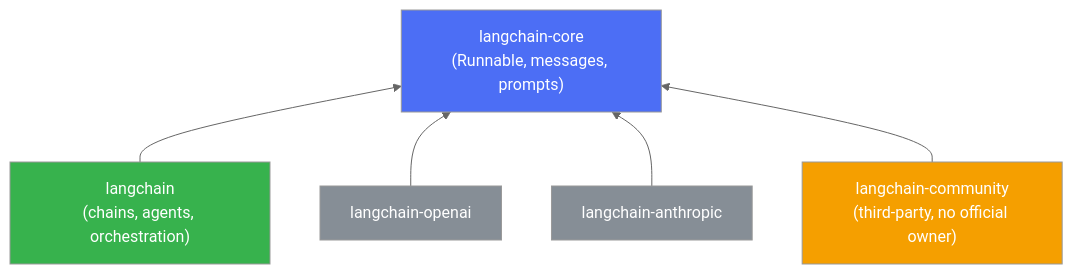
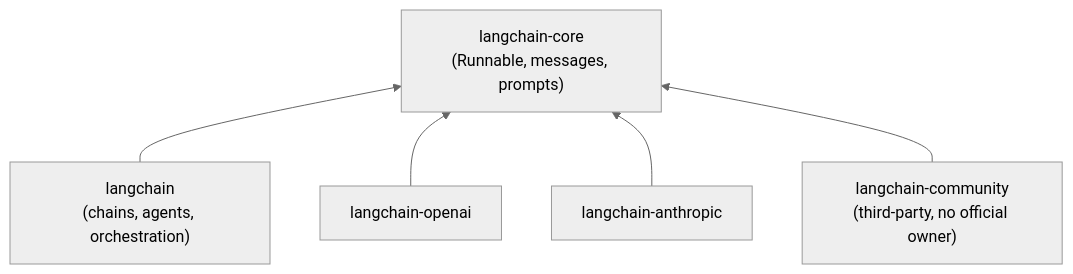
One commit to AndriiSonsiadlo/knowledge-base changed the diagram in docs/machine-learning/langchain/01-setup/package-layout.md. Above: the diagram before and after it, drawn with Mermaid (neutral theme). The commit also changed other lines of this file and 14 other files, not shown here.

Commit message:
docs: link langchain section from ml intro, polish diagrams and forward links

````diff
--- a/docs/machine-learning/langchain/01-setup/package-layout.md
+++ b/docs/machine-learning/langchain/01-setup/package-layout.md
@@ -13,19 +13,13 @@
 ```mermaid
 flowchart BT
     core["langchain-core<br/>(Runnable, messages, prompts)"]
     lc["langchain<br/>(chains, agents, orchestration)"]
     openai["langchain-openai"]
     anthropic["langchain-anthropic"]
     community["langchain-community<br/>(third-party, no official owner)"]
 
     lc --> core
     openai --> core
     anthropic --> core
     community --> core
-
-    style core fill:#4C6EF5,color:#fff
-    style lc fill:#37B24D,color:#fff
-    style openai fill:#868E96,color:#fff
-    style anthropic fill:#868E96,color:#fff
-    style community fill:#F59F00,color:#fff
 ```
````
